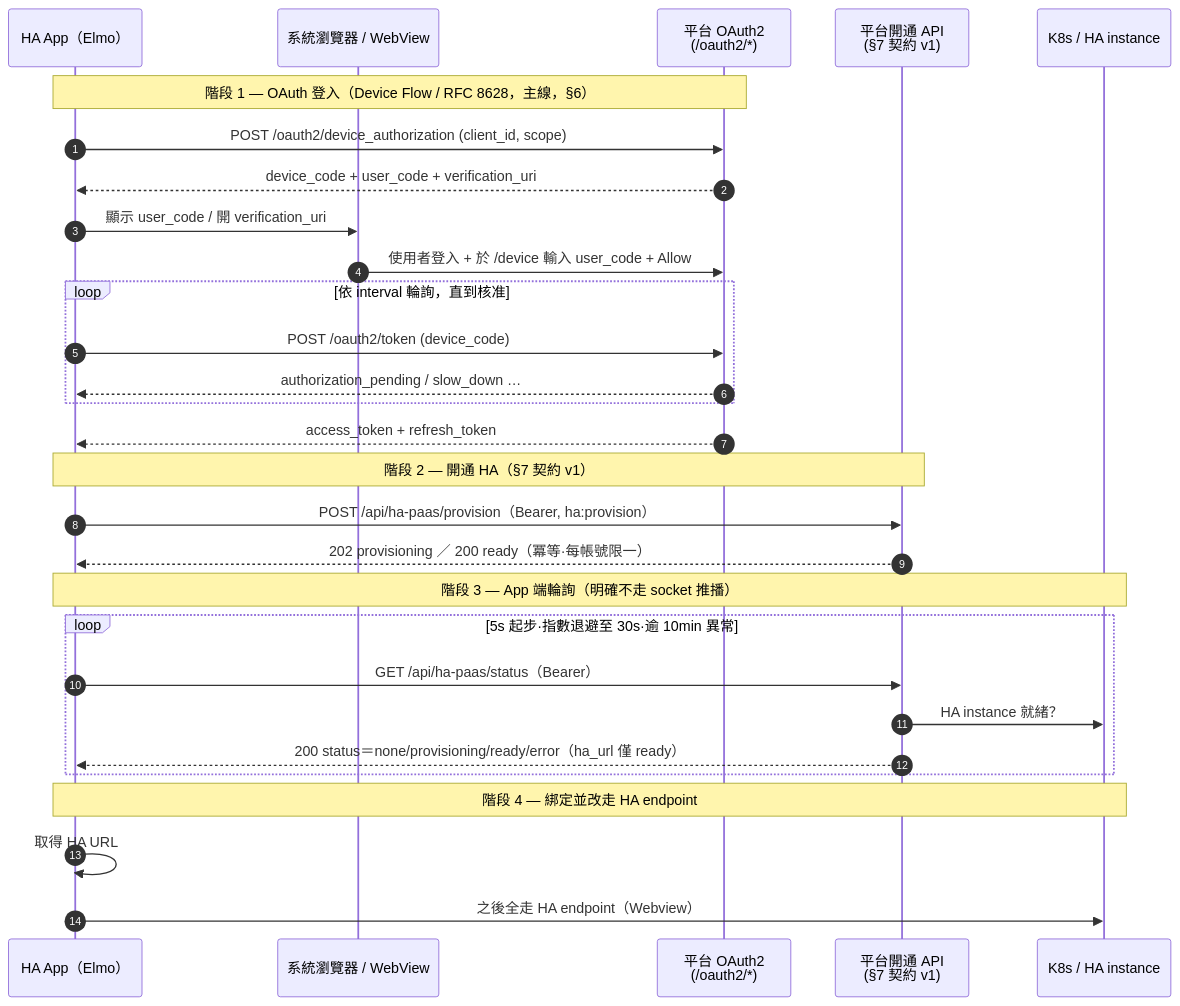
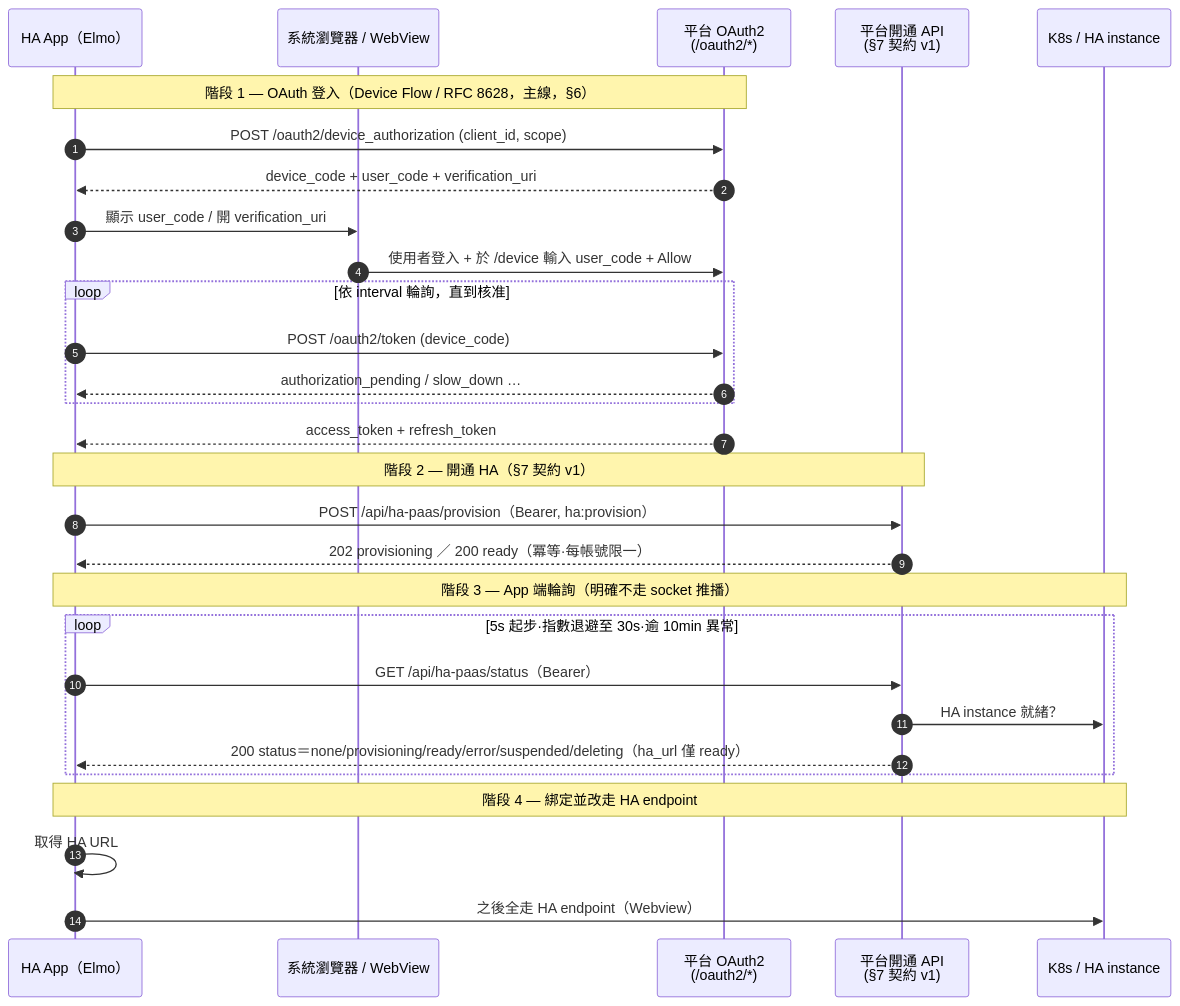
The diagram in docs/reference/api/ha-app-oauth-provisioning.md (WOOWTECH/odoo-addon-woow-paas-platform), drawn with Mermaid before and after one commit. The commit also changed other lines of this file and 6 other files, not shown here.

````diff
--- a/docs/reference/api/ha-app-oauth-provisioning.md
+++ b/docs/reference/api/ha-app-oauth-provisioning.md
@@ -307,35 +311,35 @@
 ```mermaid
 sequenceDiagram
     autonumber
     participant App as HA App（Elmo）
     participant Browser as 系統瀏覽器 / WebView
     participant OAuth as 平台 OAuth2<br/>(/oauth2/*)
     participant Prov as 平台開通 API<br/>(§7 契約 v1)
     participant K8s as K8s / HA instance
 
     Note over App,OAuth: 階段 1 — OAuth 登入（Device Flow / RFC 8628，主線，§6）
     App->>OAuth: POST /oauth2/device_authorization (client_id, scope)
     OAuth-->>App: device_code + user_code + verification_uri
     App->>Browser: 顯示 user_code / 開 verification_uri
     Browser->>OAuth: 使用者登入 + 於 /device 輸入 user_code + Allow
     loop 依 interval 輪詢，直到核准
         App->>OAuth: POST /oauth2/token (device_code)
         OAuth-->>App: authorization_pending / slow_down …
     end
     OAuth-->>App: access_token + refresh_token
 
     Note over App,Prov: 階段 2 — 開通 HA（§7 契約 v1）
     App->>Prov: POST /api/ha-paas/provision（Bearer, ha:provision）
     Prov-->>App: 202 provisioning ／ 200 ready（冪等·每帳號限一）
 
     Note over App,K8s: 階段 3 — App 端輪詢（明確不走 socket 推播）
     loop 5s 起步·指數退避至 30s·逾 10min 異常
         App->>Prov: GET /api/ha-paas/status（Bearer）
         Prov->>K8s: HA instance 就緒？
-        Prov-->>App: 200 status＝none/provisioning/ready/error（ha_url 僅 ready）
+        Prov-->>App: 200 status＝none/provisioning/ready/error/suspended/deleting（ha_url 僅 ready）
     end
 
     Note over App,K8s: 階段 4 — 綁定並改走 HA endpoint
     App->>App: 取得 HA URL
     App->>K8s: 之後全走 HA endpoint（Webview）
 ```
````
